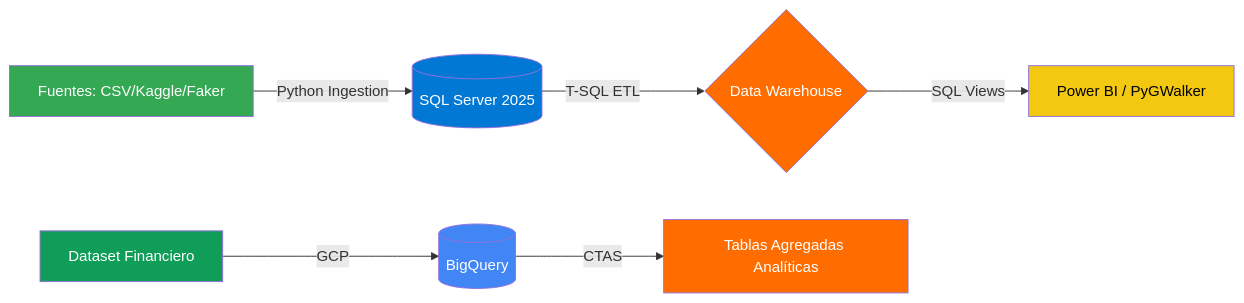
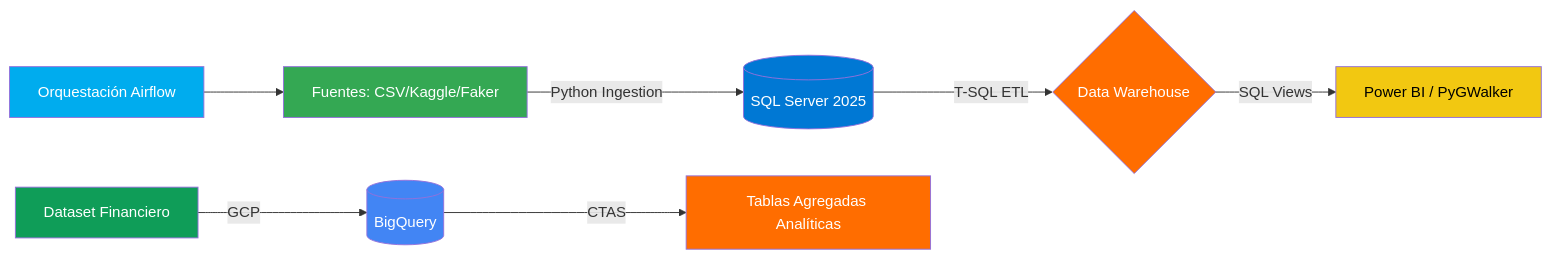
Before and after one commit to dzib/Portafolio-Alberto: the first of 2 diagrams in README.md, drawn with Mermaid. The commit also changed other lines of this file and 6 other files, not shown here.

````diff
--- a/README.md
+++ b/README.md
@@ -126,15 +128,17 @@
 ```mermaid
 graph LR
     A[Fuentes: CSV/Kaggle/Faker] -- Python Ingestion --> B[(SQL Server 2025)]
     B -- T-SQL ETL --> C{Data Warehouse}
     C -- SQL Views --> D[Power BI / PyGWalker]
     E[Dataset Financiero] -- GCP --> F[(BigQuery)]
     F -- CTAS --> G[Tablas Agregadas Analíticas]
+    H[Orquestación Airflow] --> A
     style A fill:#34A853,color:#fff
     style B fill:#0078D4,color:#fff
     style C fill:#FF6D00,color:#fff
     style D fill:#F2C811,color:#000
     style E fill:#0f9d58,color:#fff
     style F fill:#4285f4,color:#fff
     style G fill:#FF6D00,color:#fff
+    style H fill:#00acee,color:#fff
 ```
````
